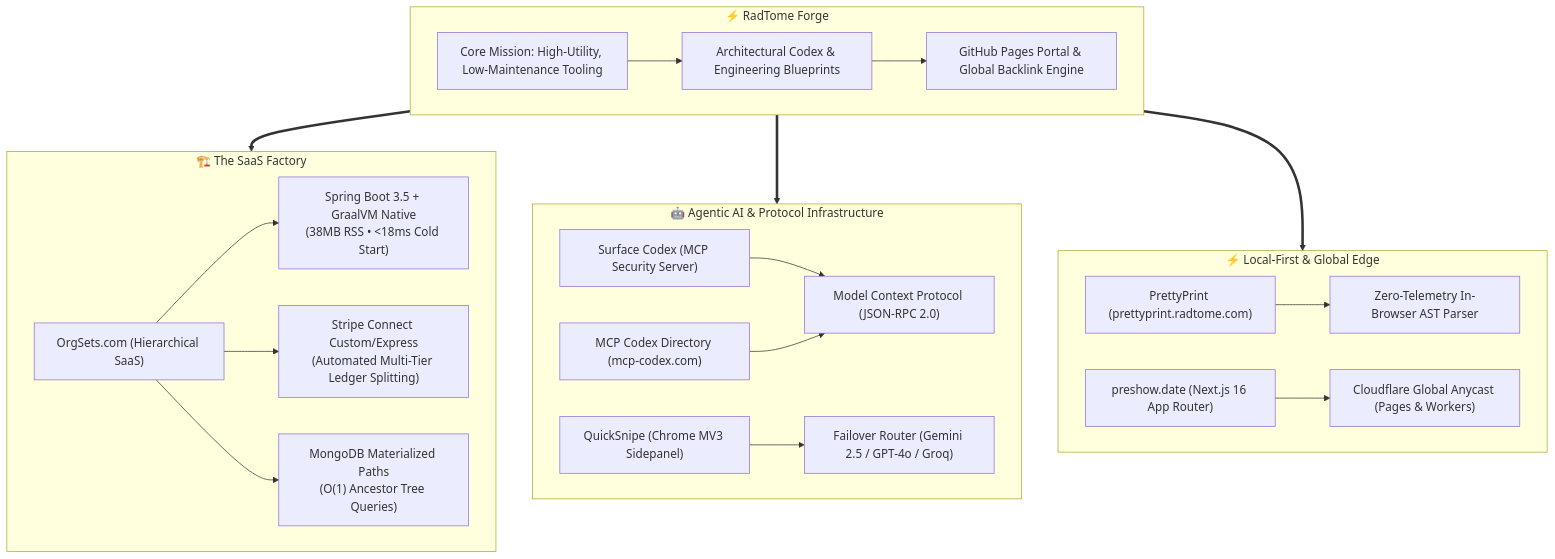
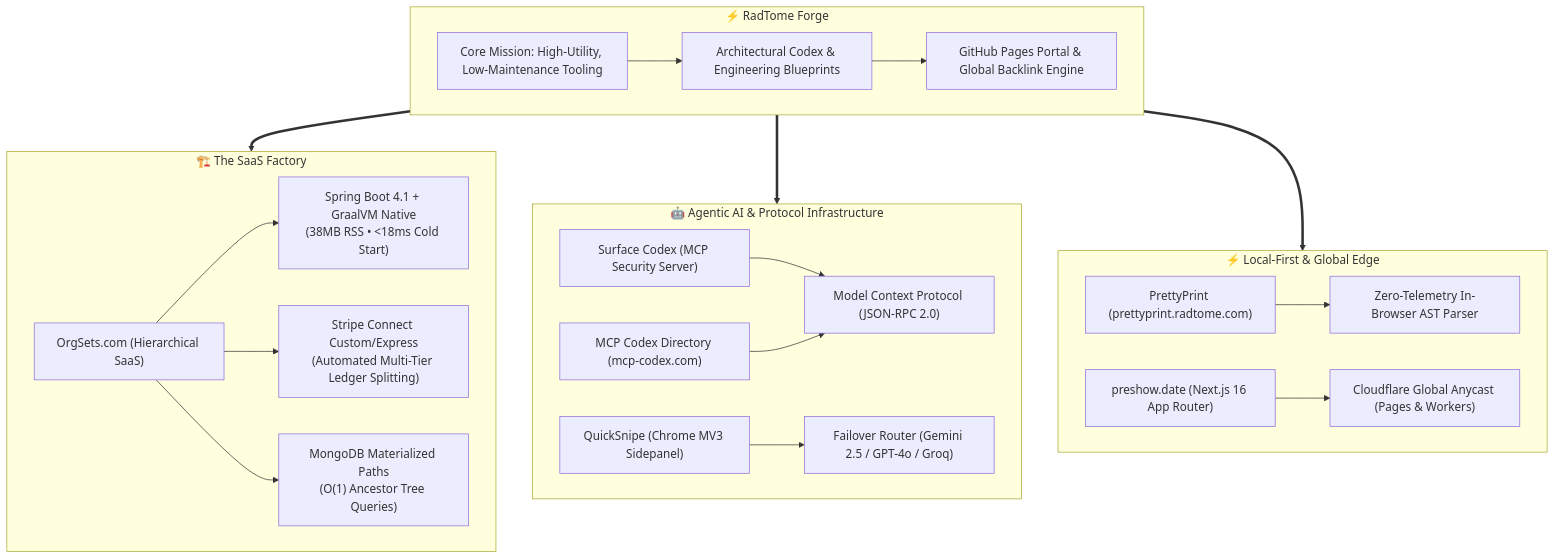
The diagram in profile/README.md (RadTome/.github), drawn with Mermaid before and after one commit. The commit also changed other lines of this file and 1 other file, not shown here.

````diff
--- a/profile/README.md
+++ b/profile/README.md
@@ -103,46 +103,46 @@
 ```mermaid
 flowchart TD
     subgraph RadTome_Core ["⚡ RadTome Forge"]
         RT_Mission["Core Mission: High-Utility, Low-Maintenance Tooling"]
         RT_Codex["Architectural Codex & Engineering Blueprints"]
         RT_Portal["GitHub Pages Portal & Global Backlink Engine"]
         RT_Mission --> RT_Codex
         RT_Codex --> RT_Portal
     end
 
     subgraph SaaS_Factory ["🏗️ The SaaS Factory"]
         OrgSets["OrgSets.com (Hierarchical SaaS)"]
-        GraalVM["Spring Boot 3.5 + GraalVM Native<br/>(38MB RSS • &lt;18ms Cold Start)"]
+        GraalVM["Spring Boot 4.1 + GraalVM Native<br/>(38MB RSS • &lt;18ms Cold Start)"]
         Ledger["Stripe Connect Custom/Express<br/>(Automated Multi-Tier Ledger Splitting)"]
         Mongo["MongoDB Materialized Paths<br/>(O(1) Ancestor Tree Queries)"]
         OrgSets --> GraalVM
         OrgSets --> Ledger
         OrgSets --> Mongo
     end
 
     subgraph Agentic_AI ["🤖 Agentic AI & Protocol Infrastructure"]
         SurfaceCodex["Surface Codex (MCP Security Server)"]
         MCPCodex["MCP Codex Directory (mcp-codex.com)"]
         JSONRPC["Model Context Protocol (JSON-RPC 2.0)"]
         QuickSnipe["QuickSnipe (Chrome MV3 Sidepanel)"]
         MultiLLM["Failover Router (Gemini 2.5 / GPT-4o / Groq)"]
         
         SurfaceCodex --> JSONRPC
         MCPCodex --> JSONRPC
         QuickSnipe --> MultiLLM
     end
 
     subgraph Client_DevTools ["⚡ Local-First & Global Edge"]
         PP["PrettyPrint (prettyprint.radtome.com)"]
         ZeroTel["Zero-Telemetry In-Browser AST Parser"]
         PreShow["preshow.date (Next.js 16 App Router)"]
         CF["Cloudflare Global Anycast (Pages & Workers)"]
         
         PP --> ZeroTel
         PreShow --> CF
     end
 
     RadTome_Core ==> SaaS_Factory
     RadTome_Core ==> Agentic_AI
     RadTome_Core ==> Client_DevTools
 ```
````
